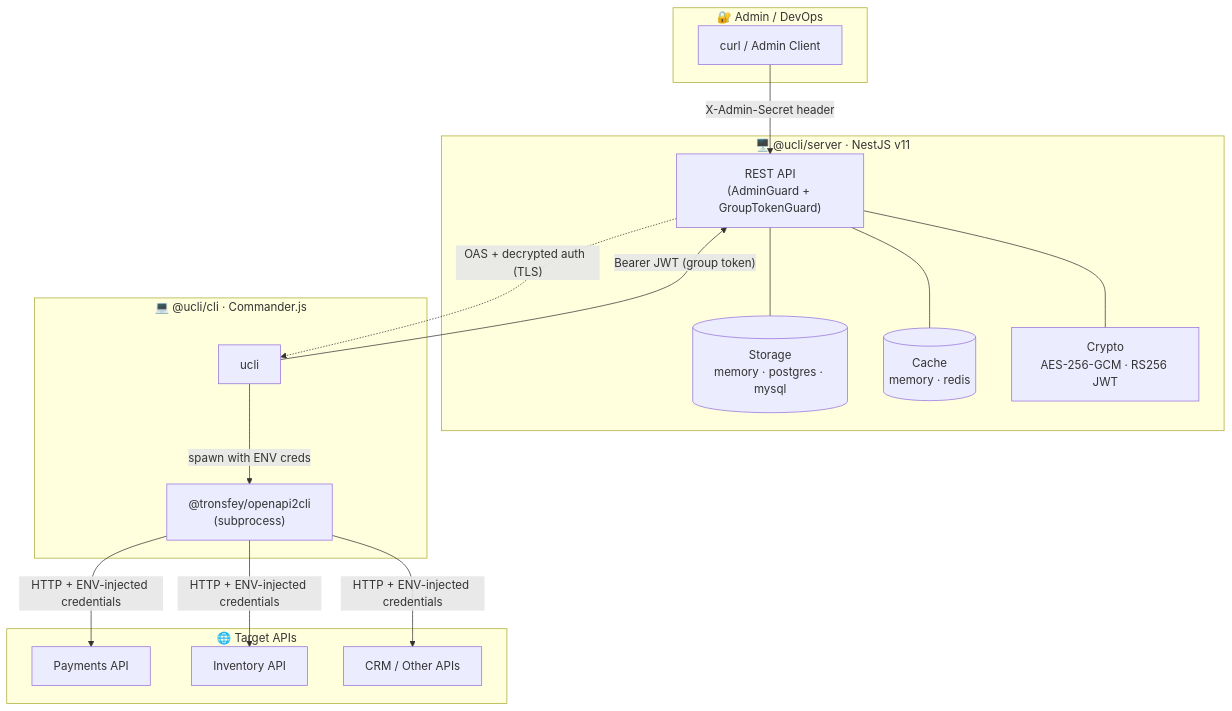
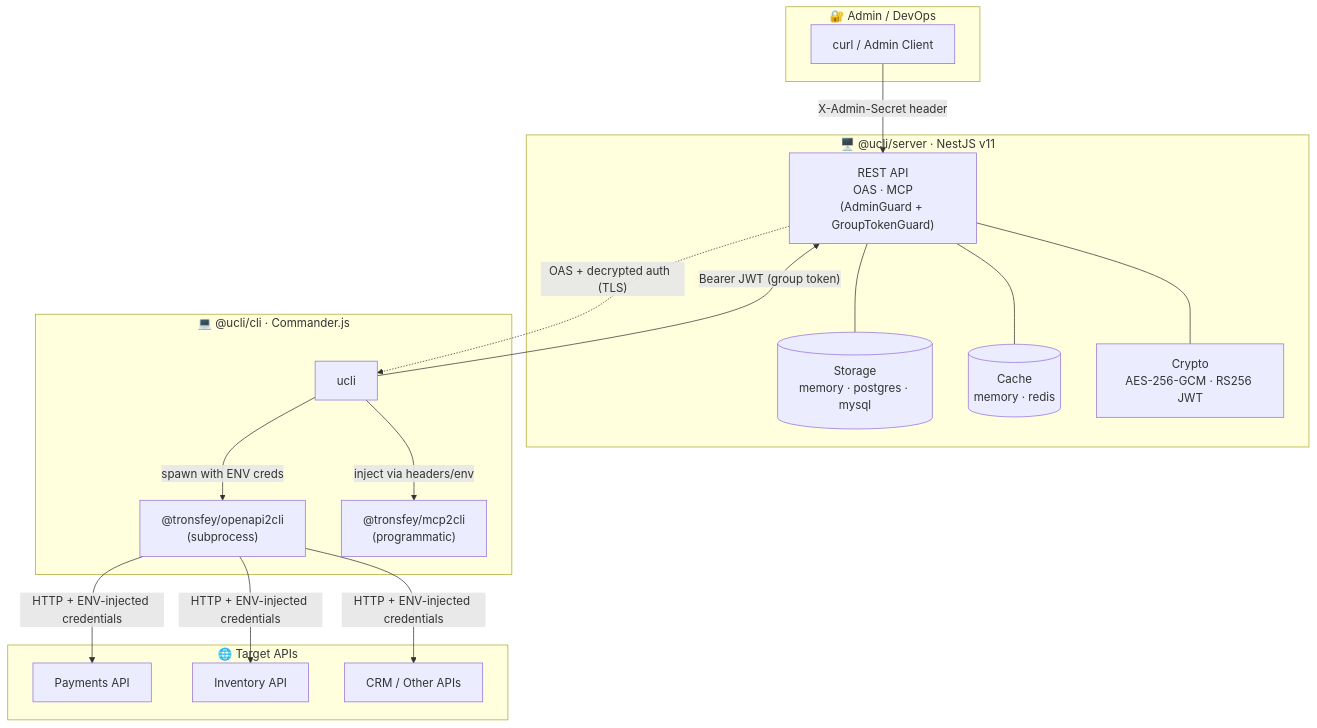
The first of 2 diagrams in README.md (tronsfey928/ucli), drawn with Mermaid before and after one commit. The commit also changed other lines of this file and 8 other files, not shown here.

First line of the commit message:
test(e2e): add MCP admin and client E2E tests; docs: update all READMEs and skill.md with MCP coverage

````diff
--- a/README.md
+++ b/README.md
@@ -25,35 +25,37 @@
 ```mermaid
 graph TB
     subgraph Admin["🔐 Admin / DevOps"]
         ADM[curl / Admin Client]
     end
 
     subgraph Server["🖥️  @ucli/server  ·  NestJS v11"]
-        SVC["REST API\n(AdminGuard + GroupTokenGuard)"]
+        SVC["REST API\nOAS · MCP\n(AdminGuard + GroupTokenGuard)"]
         ST[("Storage\nmemory · postgres · mysql")]
         CA[("Cache\nmemory · redis")]
         CR["Crypto\nAES-256-GCM · RS256 JWT"]
         SVC --- ST
         SVC --- CA
         SVC --- CR
     end
 
     subgraph Client["💻  @ucli/cli  ·  Commander.js"]
         CLI[ucli]
         O2C["@tronsfey/openapi2cli\n(subprocess)"]
+        M2C["@tronsfey/mcp2cli\n(programmatic)"]
         CLI -->|"spawn with ENV creds"| O2C
+        CLI -->|"inject via headers/env"| M2C
     end
 
     subgraph APIs["🌐 Target APIs"]
         A1[Payments API]
         A2[Inventory API]
         A3["CRM / Other APIs"]
     end
 
     ADM -->|"X-Admin-Secret header"| SVC
     CLI -->|"Bearer JWT (group token)"| SVC
     SVC -.->|"OAS + decrypted auth  (TLS)"| CLI
     O2C -->|"HTTP + ENV-injected credentials"| A1
     O2C -->|"HTTP + ENV-injected credentials"| A2
     O2C -->|"HTTP + ENV-injected credentials"| A3
 ```
````
